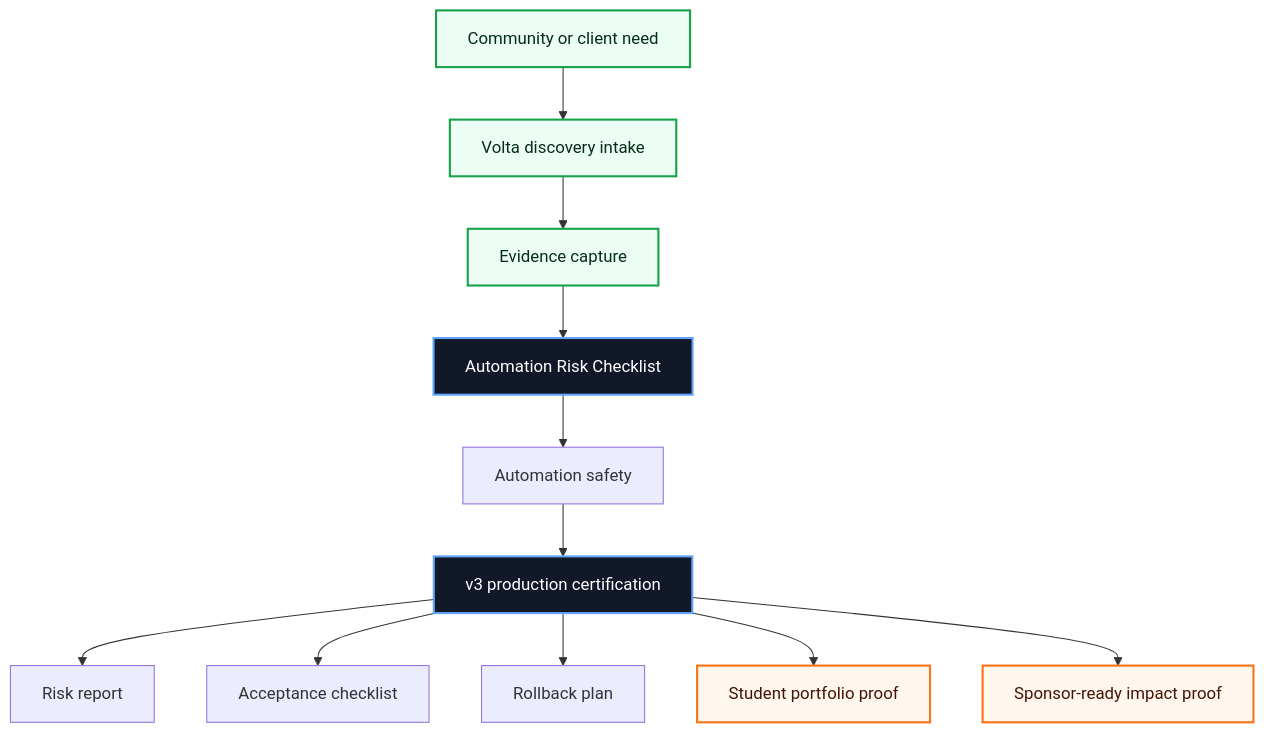
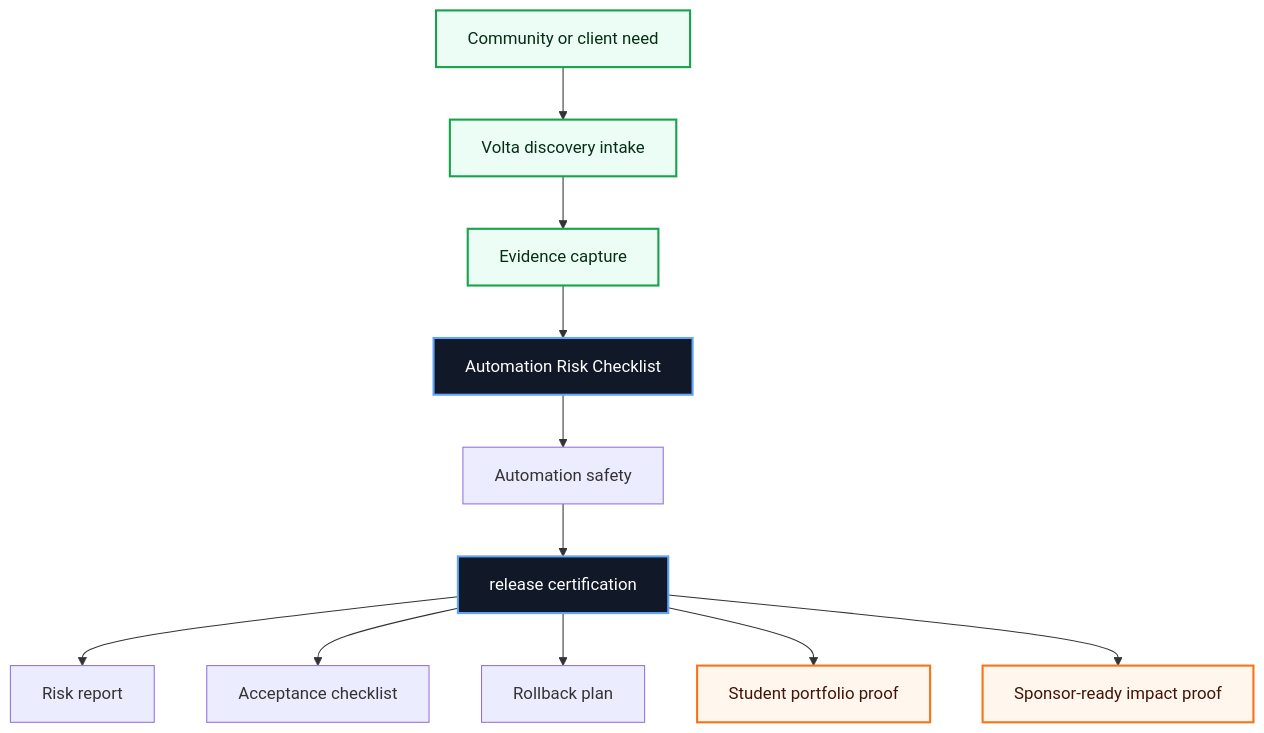
The first of 3 diagrams in README.md (volta-npo/automation-risk-checklist), drawn with Mermaid before and after one commit. The commit also changed other lines of this file and 28 other files, not shown here.

````diff
--- a/README.md
+++ b/README.md
@@ -43,20 +43,20 @@
 ```mermaid
 flowchart TD
     Need["Community or client need"] --> Intake["Volta discovery intake"]
     Intake --> Evidence["Evidence capture"]
     Evidence --> Workbench["Automation Risk Checklist"]
     Workbench --> Score["Automation safety"]
-    Score --> Cert["v3 production certification"]
+    Score --> Cert["release certification"]
     Cert --> A1["Risk report"]
     Cert --> A2["Acceptance checklist"]
     Cert --> A3["Rollback plan"]
     Cert --> Student["Student portfolio proof"]
     Cert --> Sponsor["Sponsor-ready impact proof"]
 
     classDef volta fill:#111827,stroke:#60a5fa,color:#ffffff,stroke-width:2px;
     classDef equity fill:#ecfdf5,stroke:#16a34a,color:#052e16,stroke-width:2px;
     classDef proof fill:#fff7ed,stroke:#f97316,color:#431407,stroke-width:2px;
     class Workbench,Cert volta;
     class Need,Intake,Evidence equity;
     class Student,Sponsor proof;
 ```
````
